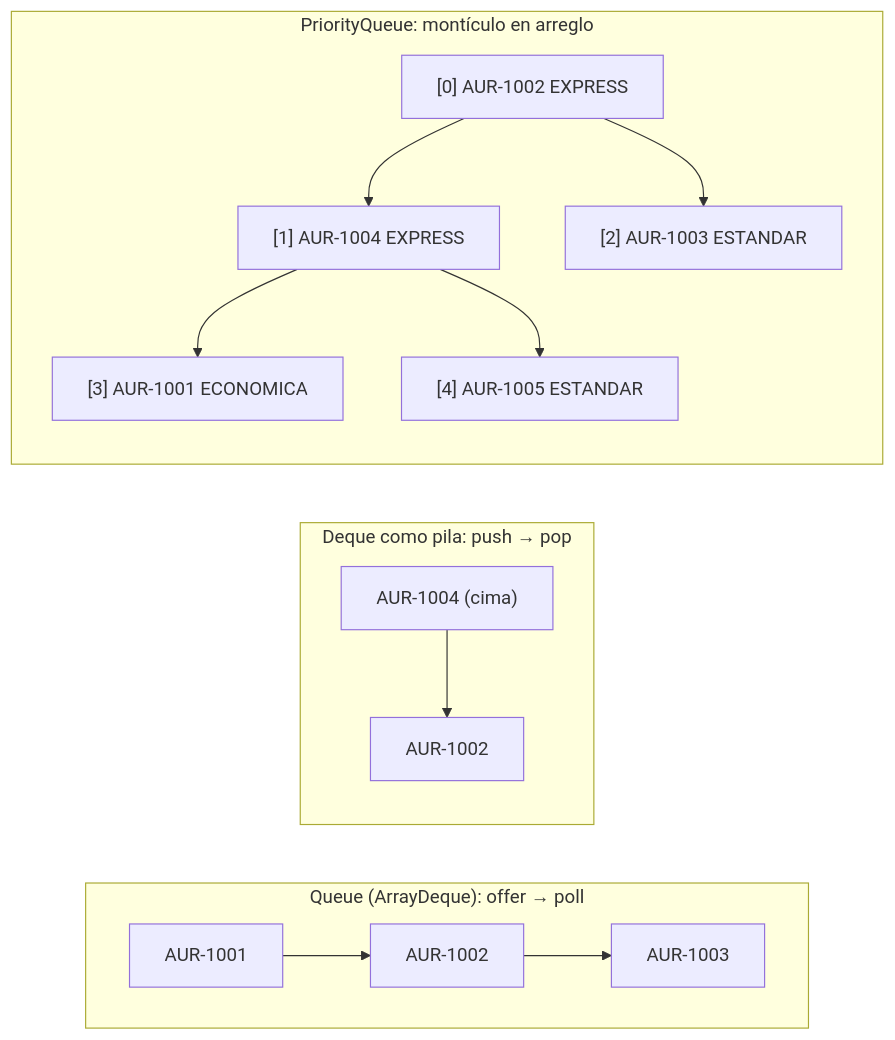
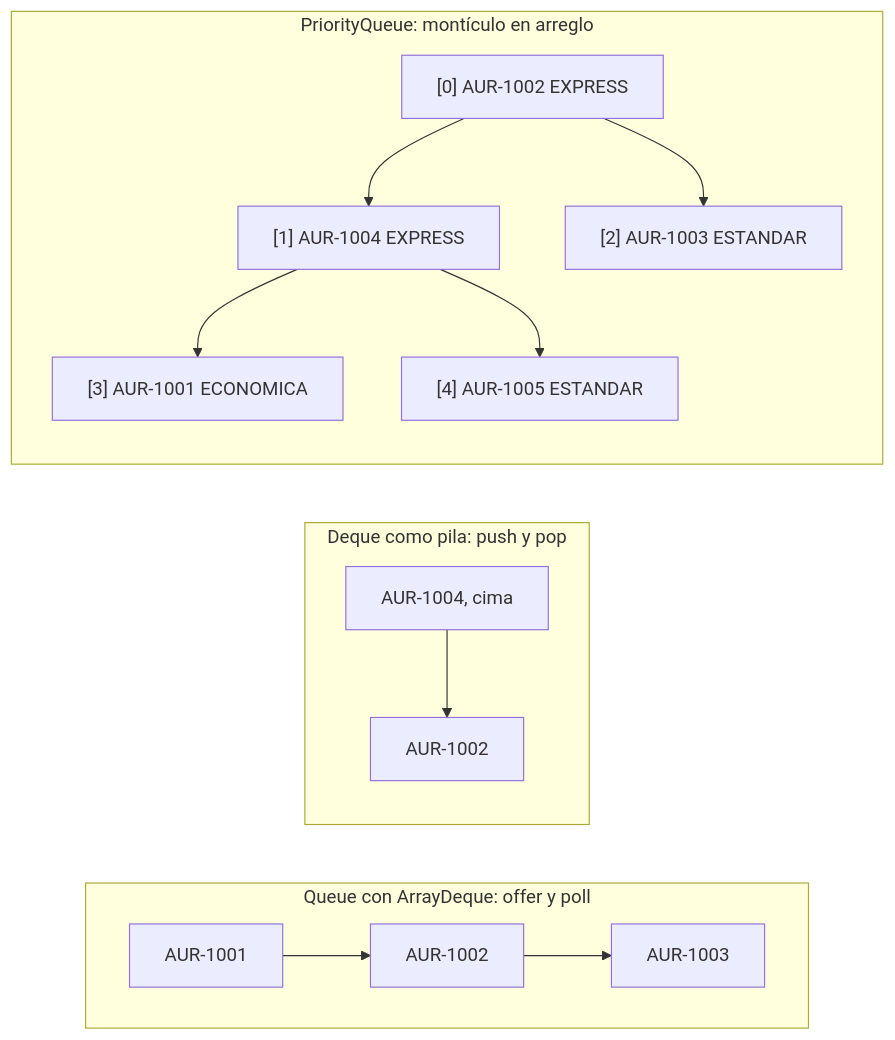
The sixth of 6 diagrams in web/public/content/java/modulo-2.md (NICORUIZ93/The_Imperial_Book), drawn with Mermaid before and after one commit. The commit also changed other lines of this file and 65 other files, not shown here.

````diff
--- a/web/public/content/java/modulo-2.md
+++ b/web/public/content/java/modulo-2.md
@@ -1863,18 +2387,18 @@
 ```mermaid
 flowchart LR
-  subgraph FIFO["Queue (ArrayDeque): offer → poll"]
+  subgraph FIFO["Queue con ArrayDeque: offer y poll"]
     direction LR
     a1["AUR-1001"] --> a2["AUR-1002"] --> a3["AUR-1003"]
   end
-  subgraph LIFO["Deque como pila: push → pop"]
+  subgraph LIFO["Deque como pila: push y pop"]
     direction TB
-    p1["AUR-1004 (cima)"] --> p2["AUR-1002"]
+    p1["AUR-1004, cima"] --> p2["AUR-1002"]
   end
   subgraph HEAP["PriorityQueue: montículo en arreglo"]
     direction TB
     r["[0] AUR-1002 EXPRESS"] --> h1["[1] AUR-1004 EXPRESS"]
     r --> h2["[2] AUR-1003 ESTANDAR"]
     h1 --> h3["[3] AUR-1001 ECONOMICA"]
     h1 --> h4["[4] AUR-1005 ESTANDAR"]
   end
 ```
````
